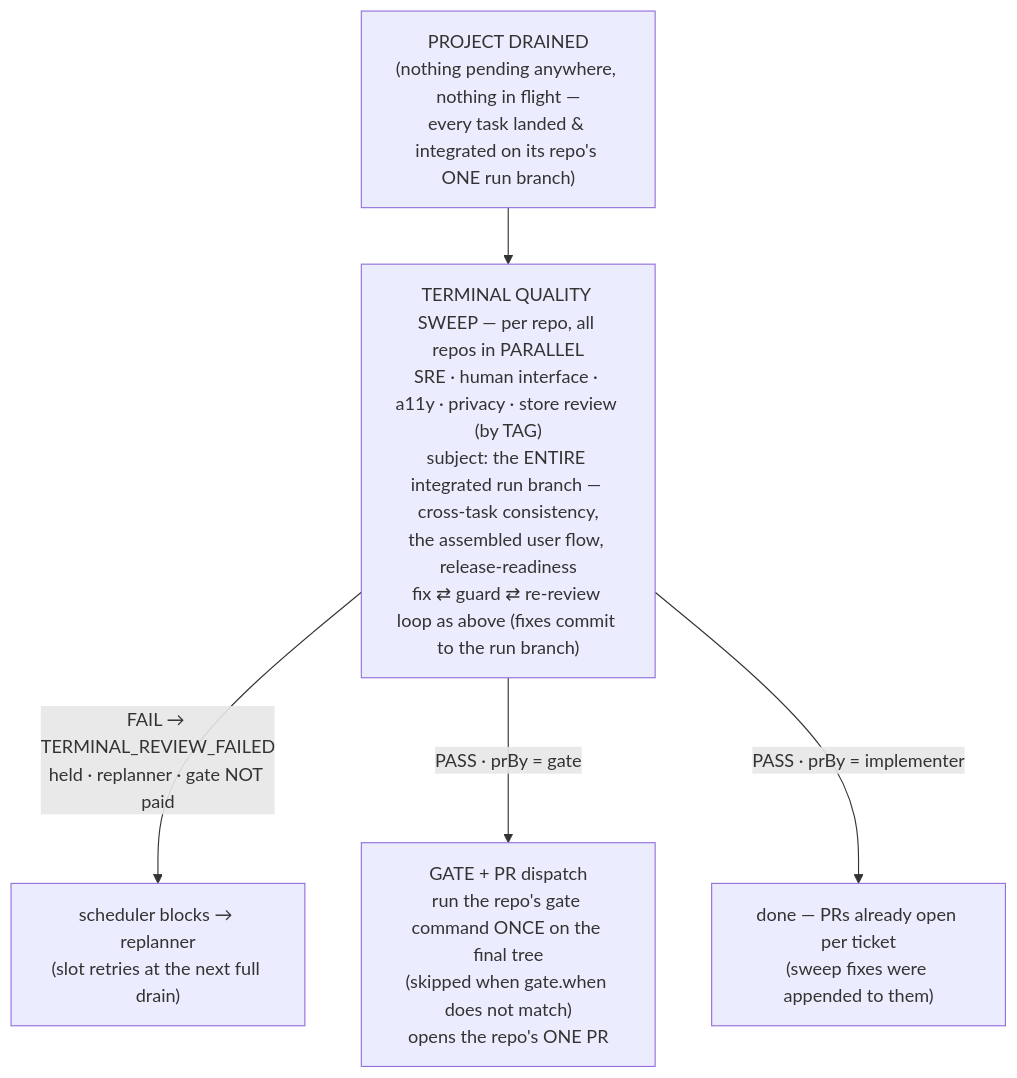
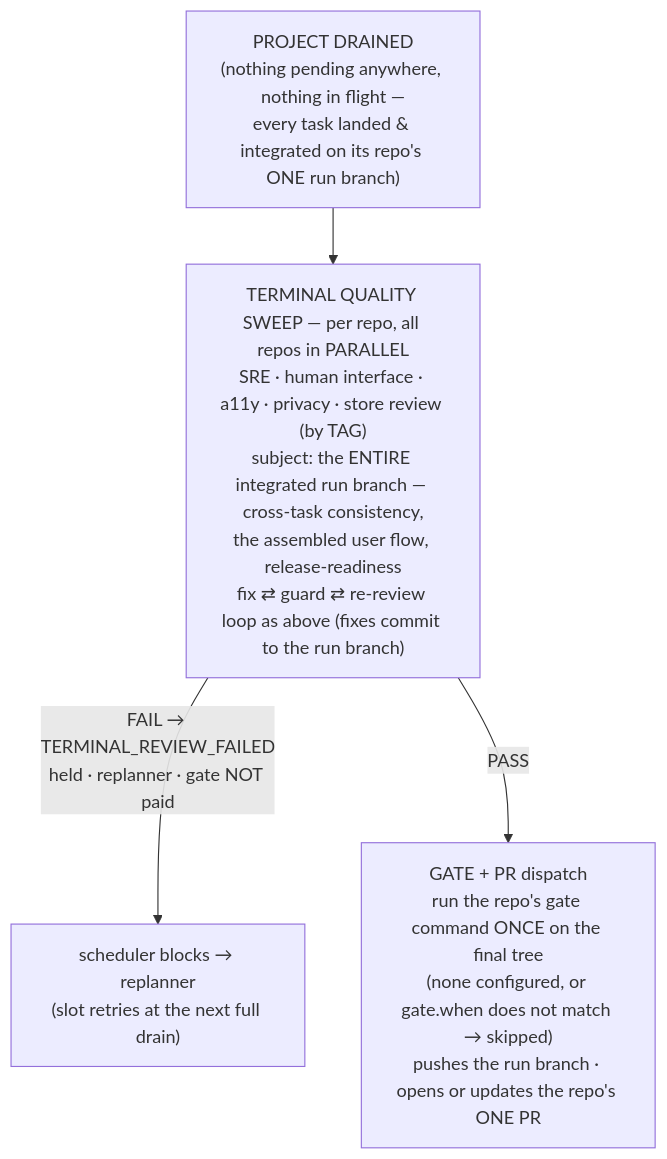
Before and after one commit to laurentlouk/grimoire: the third of 3 diagrams in workflows/README.md, drawn with Mermaid. The commit also changed other lines of this file and 7 other files, not shown here.

First line of the commit message:
fix(loop): every repo's terminal slot pushes the run branch and opens its PR

````diff
--- a/workflows/README.md
+++ b/workflows/README.md
@@ -191,8 +191,7 @@
 ```mermaid
 flowchart TB
     drained["PROJECT DRAINED\n(nothing pending anywhere, nothing in flight —\nevery task landed &amp; integrated on its repo's ONE run branch)"]
     drained --> sweep["TERMINAL QUALITY SWEEP — per repo, all repos in PARALLEL\nSRE · human interface · a11y · privacy · store review (by TAG)\nsubject: the ENTIRE integrated run branch — cross-task consistency,\nthe assembled user flow, release-readiness\nfix ⇄ guard ⇄ re-review loop as above (fixes commit to the run branch)"]
     sweep -- "FAIL → TERMINAL_REVIEW_FAILED\nheld · replanner · gate NOT paid" --> replan["scheduler blocks → replanner\n(slot retries at the next full drain)"]
-    sweep -- "PASS · prBy = gate" --> gate["GATE + PR dispatch\nrun the repo's gate command ONCE on the final tree\n(skipped when gate.when does not match)\nopens the repo's ONE PR"]
-    sweep -- "PASS · prBy = implementer" --> open["done — PRs already open per ticket\n(sweep fixes were appended to them)"]
+    sweep -- "PASS" --> gate["GATE + PR dispatch\nrun the repo's gate command ONCE on the final tree\n(none configured, or gate.when does not match → skipped)\npushes the run branch · opens or updates the repo's ONE PR"]
 ```
````
